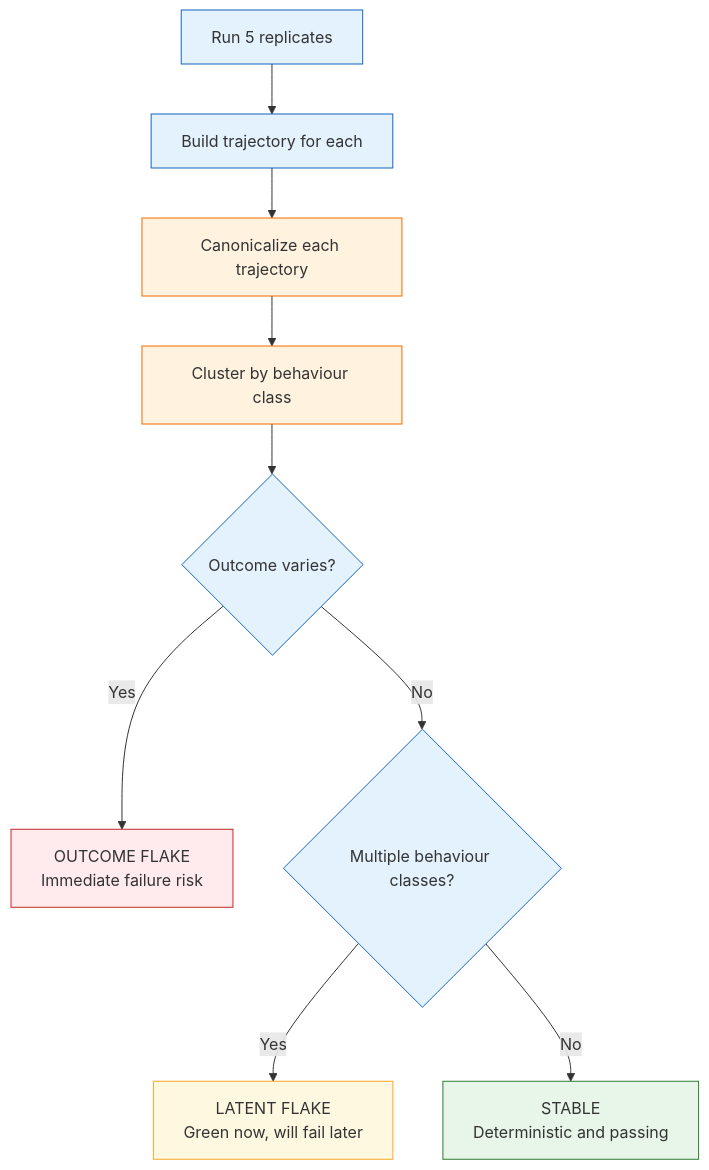
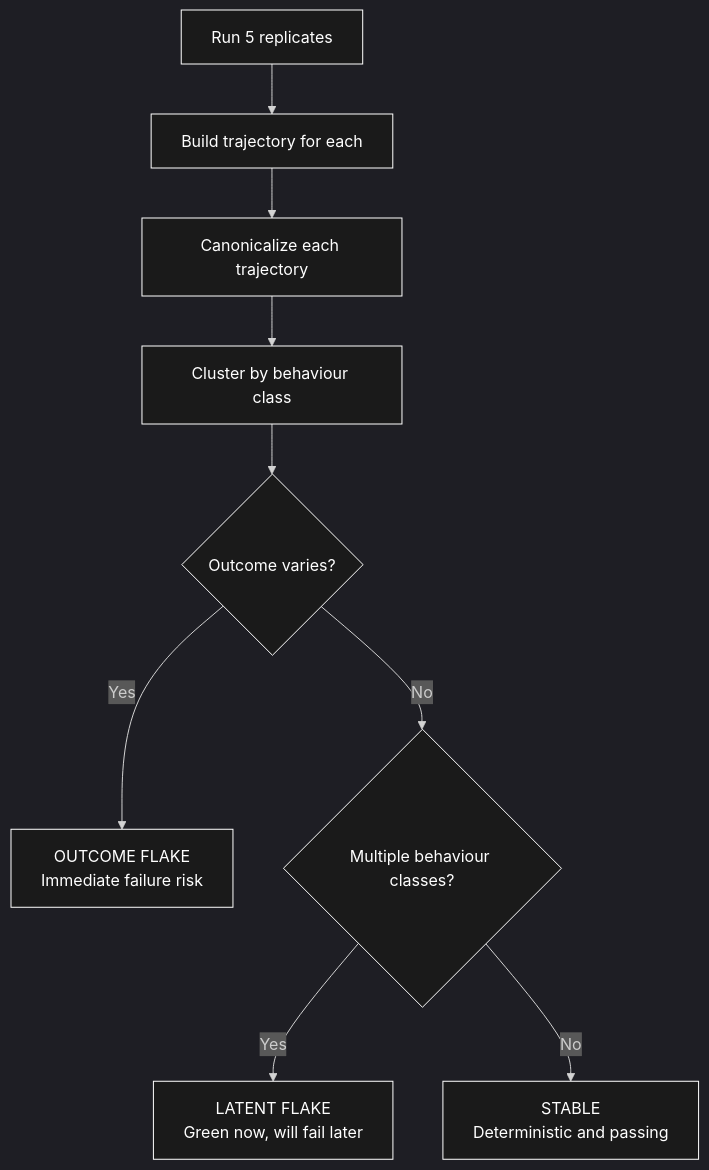
One commit to Mehul-bisht-0/Driftbench--AI-regression-testing-harness changed the ninth of 11 diagrams in README.md. Above: the diagram before and after it, drawn with Mermaid. The commit also changed other lines of this file, not shown here.

````diff
--- a/README.md
+++ b/README.md
@@ -499,21 +507,22 @@
 ```mermaid
+%%{init: {"theme": "dark"}}%%
 flowchart TD
     A["Run 5 replicates"] --> B["Build trajectory for each"]
     B --> C["Canonicalize each trajectory"]
     C --> D["Cluster by behaviour class"]
     D --> E{"Outcome varies?"}
     E -->|"Yes"| F["OUTCOME FLAKE\nImmediate failure risk"]
     E -->|"No"| G{"Multiple behaviour classes?"}
     G -->|"Yes"| H["LATENT FLAKE\nGreen now, will fail later"]
     G -->|"No"| I["STABLE\nDeterministic and passing"]
 
-    style A fill:#e3f2fd,stroke:#1565c0
-    style B fill:#e3f2fd,stroke:#1565c0
-    style C fill:#fff3e0,stroke:#ef6c00
-    style D fill:#fff3e0,stroke:#ef6c00
-    style E fill:#e3f2fd,stroke:#1565c0
-    style F fill:#ffebee,stroke:#c62828
-    style G fill:#e3f2fd,stroke:#1565c0
-    style H fill:#fff8e1,stroke:#f9a825
-    style I fill:#e8f5e9,stroke:#2e7d32
+    style A fill:#1a1a1a,stroke:#ffffff,color:#ffffff
+    style B fill:#1a1a1a,stroke:#ffffff,color:#ffffff
+    style C fill:#1a1a1a,stroke:#ffffff,color:#ffffff
+    style D fill:#1a1a1a,stroke:#ffffff,color:#ffffff
+    style E fill:#1a1a1a,stroke:#ffffff,color:#ffffff
+    style F fill:#1a1a1a,stroke:#ffffff,color:#ffffff
+    style G fill:#1a1a1a,stroke:#ffffff,color:#ffffff
+    style H fill:#1a1a1a,stroke:#ffffff,color:#ffffff
+    style I fill:#1a1a1a,stroke:#ffffff,color:#ffffff
 ```
````
